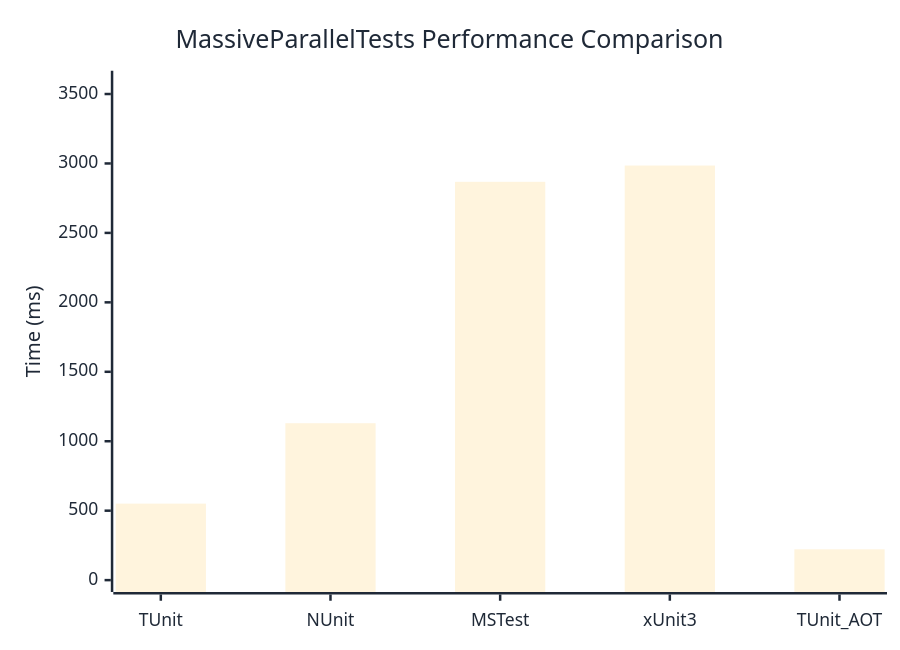
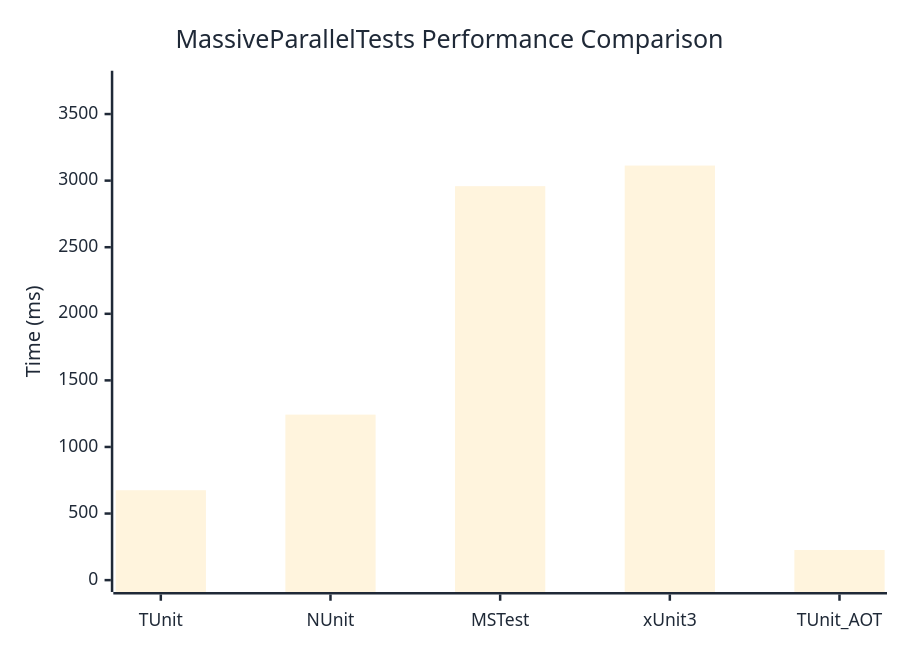
The diagram in docs/docs/benchmarks/MassiveParallelTests.md (thomhurst/TUnit), drawn with Mermaid before and after one commit. The commit also changed other lines of this file and 17 other files, not shown here.

````diff
--- a/docs/docs/benchmarks/MassiveParallelTests.md
+++ b/docs/docs/benchmarks/MassiveParallelTests.md
@@ -27,37 +27,37 @@
 ```mermaid
 %%{init: {
   'theme':'base',
   'themeVariables': {
     'primaryColor': '#2563eb',
     'primaryTextColor': '#1f2937',
     'primaryBorderColor': '#1e40af',
     'lineColor': '#6b7280',
     'secondaryColor': '#7c3aed',
     'tertiaryColor': '#dc2626',
     'background': '#ffffff',
     'mainBkg': '#2563eb',
     'secondBkg': '#7c3aed',
     'tertiaryBkg': '#dc2626',
     'clusterBkg': '#f3f4f6',
     'edgeLabelBackground': '#ffffff',
     'tertiaryTextColor': '#1f2937',
     'pie1': '#2563eb',
     'pie2': '#7c3aed',
     'pie3': '#dc2626',
     'pie4': '#f59e0b',
     'pie5': '#10b981',
     'pie6': '#06b6d4',
     'pie7': '#ec4899',
     'pie8': '#6366f1',
     'pie9': '#84cc16',
     'pie10': '#f97316',
     'pie11': '#14b8a6',
     'pie12': '#a855f7'
   }
 }}%%
 xychart-beta
   title "MassiveParallelTests Performance Comparison"
   x-axis ["TUnit", "NUnit", "MSTest", "xUnit3", "TUnit_AOT"]
-  y-axis "Time (ms)" 0 --> 3582
-  bar [550.9, 1129.7, 2867.7, 2985, 221.9]
+  y-axis "Time (ms)" 0 --> 3736
+  bar [675.1, 1242.8, 2958.5, 3113.3, 226.3]
 ```
````
